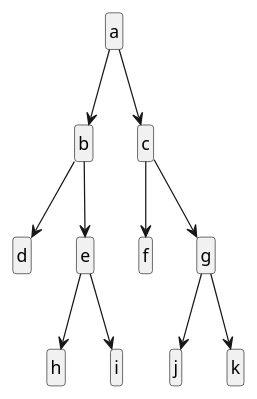
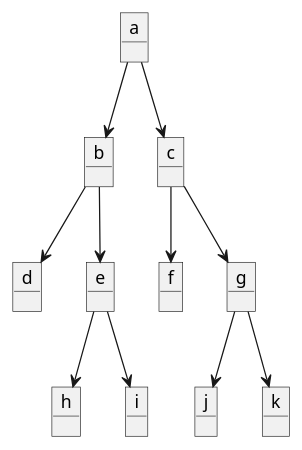
One commit to mmasias/EDA1 changed the diagram in modelosUML/arboles/arboles001.puml. Above: the diagram before and after it, drawn with PlantUML. The commit also changed 27 other files, not shown here.

```diff
--- a/modelosUML/arboles/arboles001.puml
+++ b/modelosUML/arboles/arboles001.puml
@@ -1,15 +1,22 @@
-hide class circle
-hide empty members
-
-class a
+object a
+object b
+object c
+object d
+object e
+object f
+object g
+object h
+object i
+object j
+object k
 
 a -d-> b
 a -d-> c
 b -d-> d
 b -d-> e
 e -d-> h 
 e -d-> i
 c -d-> f 
 c -d-> g 
 g -d-> j
 g -d-> k
```
